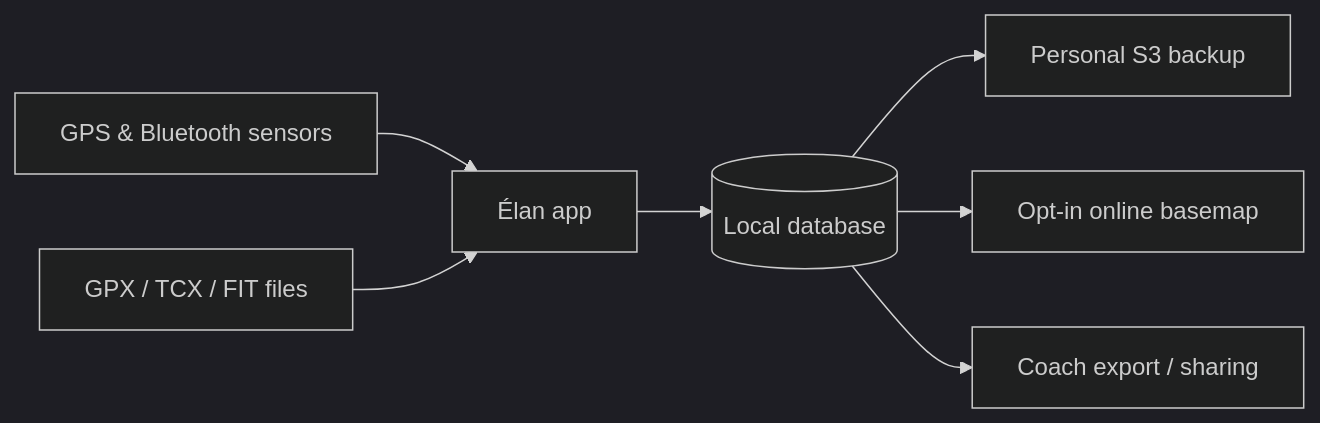
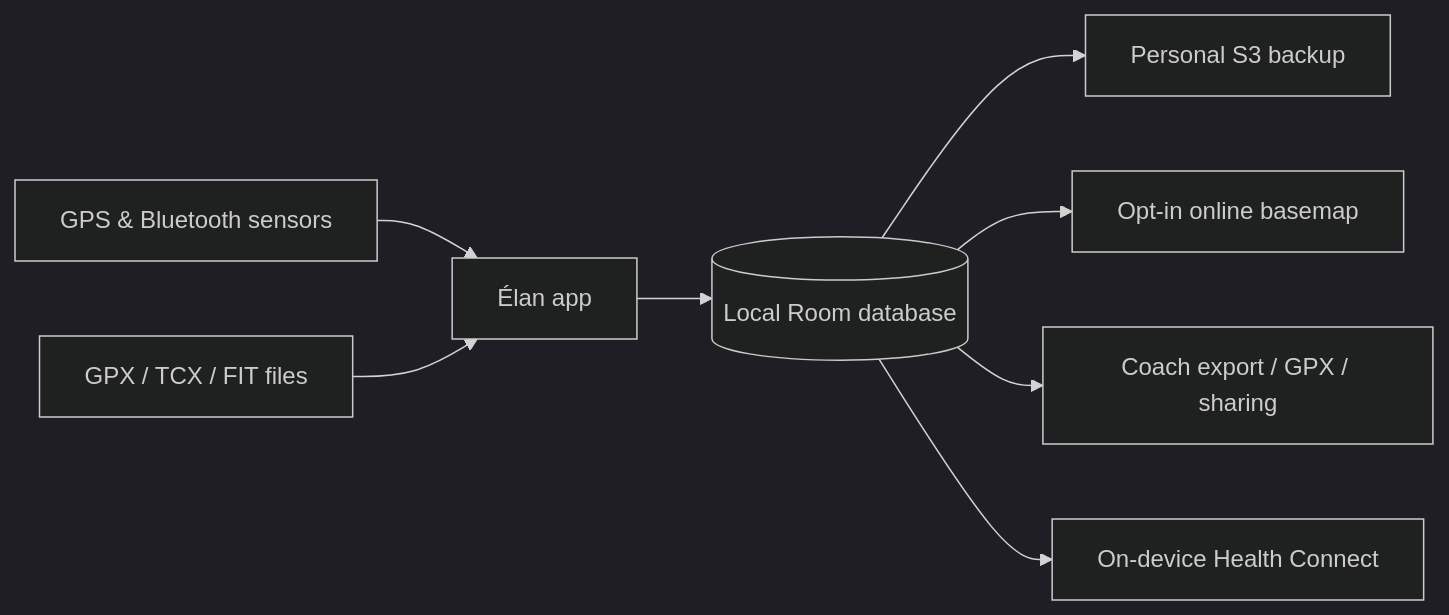
One commit to Wifsimster/elan changed the first of 2 diagrams in README.md. Above: the diagram before and after it, drawn with Mermaid (dark theme). The commit also changed other lines of this file and 514 other files, not shown here.

````diff
--- a/README.md
+++ b/README.md
@@ -117,9 +170,10 @@
 ```mermaid
 graph LR
     A[GPS & Bluetooth sensors] --> B[Élan app]
     F[GPX / TCX / FIT files] --> B
-    B --> C[(Local database)]
+    B --> C[(Local Room database)]
     C --> D[Personal S3 backup]
     C --> E[Opt-in online basemap]
-    C --> G[Coach export / sharing]
+    C --> G[Coach export / GPX / sharing]
+    C --> H[On-device Health Connect]
 ```
````
